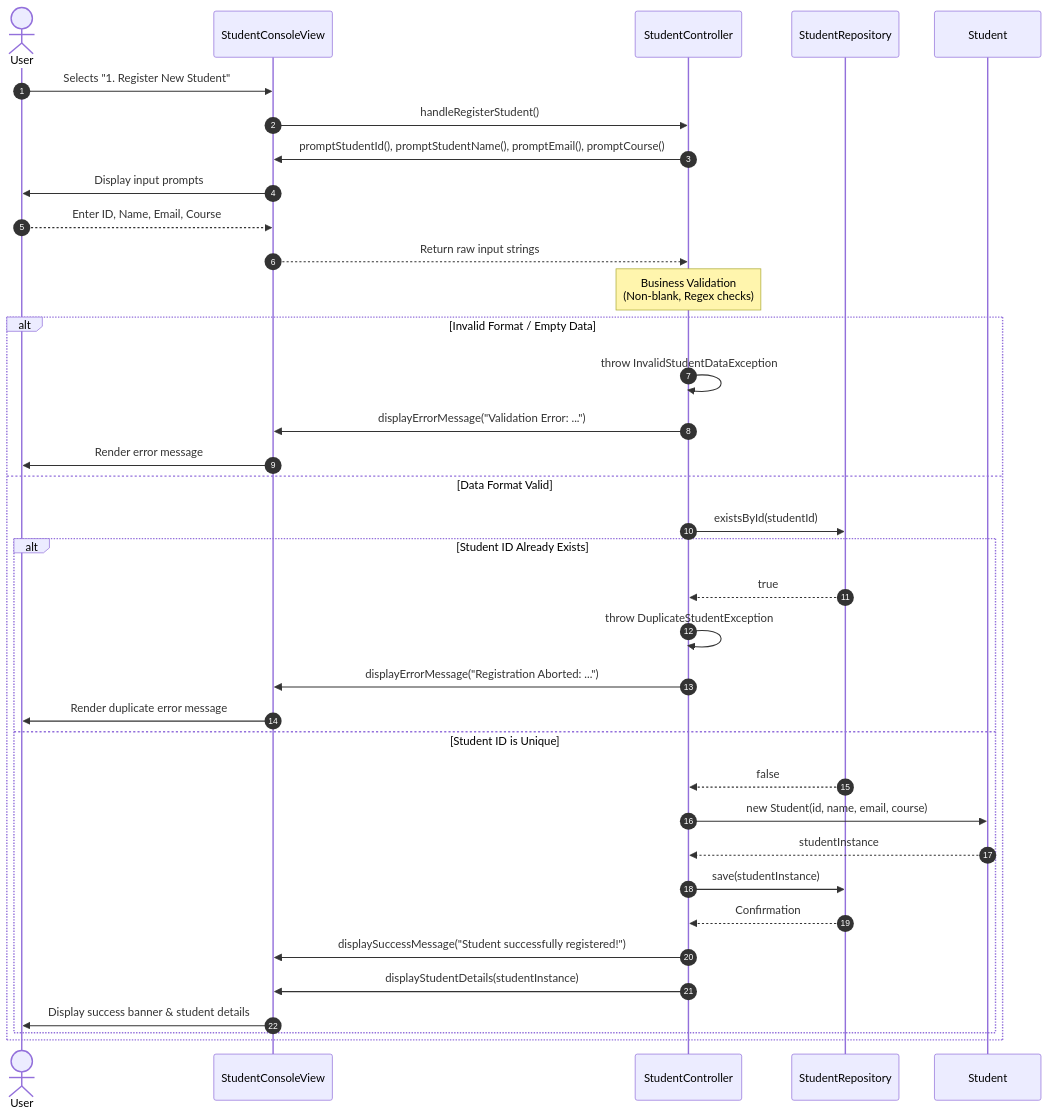
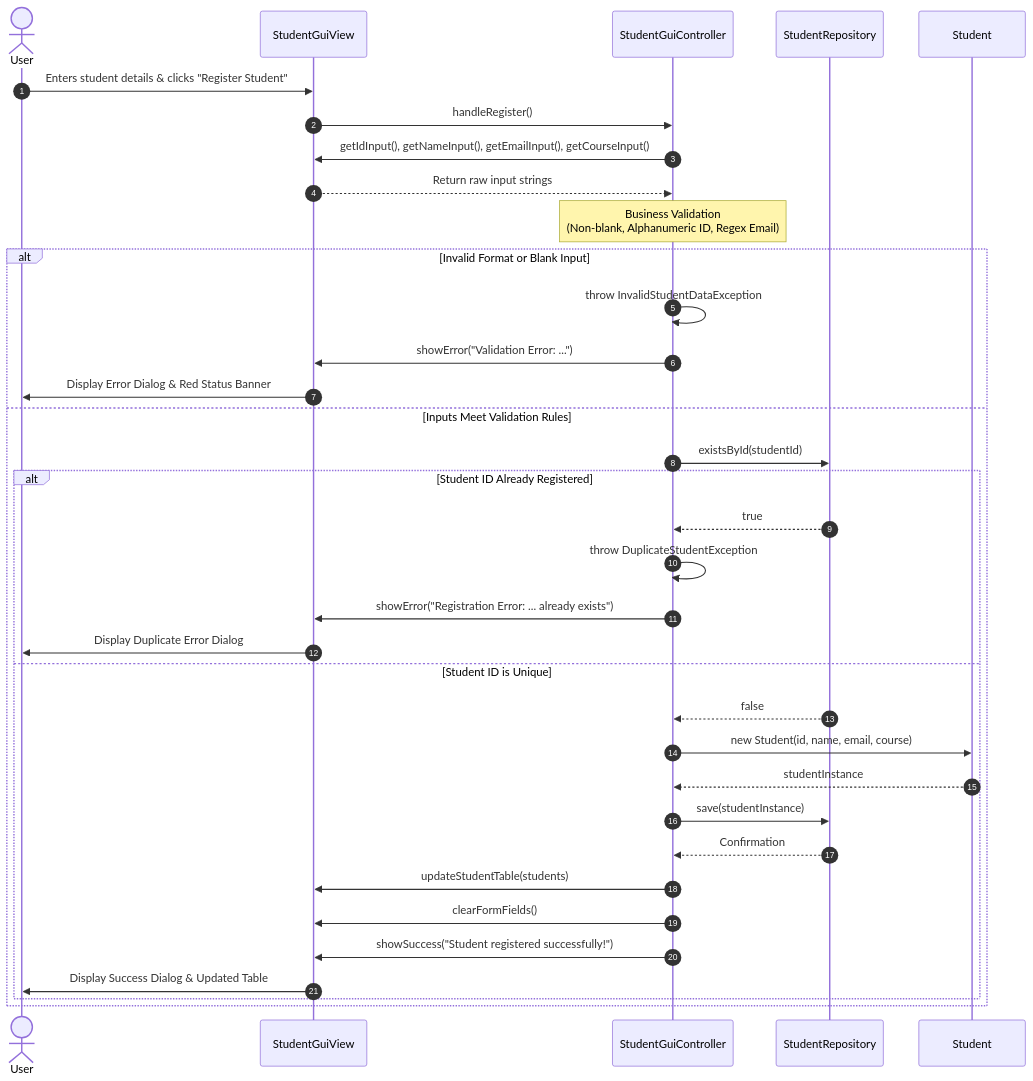
One commit to Archi-xima/SimpleJavaFXApp changed the second of 2 diagrams in README.md. Above: the diagram before and after it, drawn with Mermaid. The commit also changed other lines of this file and 3 other files, not shown here.

Commit message:
Add modern Swing Graphical User Interface (GUI) following MVC pattern

````diff
--- a/README.md
+++ b/README.md
@@ -72,43 +81,41 @@
 ```mermaid
 sequenceDiagram
     autonumber
     actor User
-    participant View as StudentConsoleView
-    participant Controller as StudentController
+    participant View as StudentGuiView
+    participant Controller as StudentGuiController
     participant Repository as StudentRepository
     participant Model as Student
 
-    User ->> View: Selects "1. Register New Student"
-    View ->> Controller: handleRegisterStudent()
-    
-    Controller ->> View: promptStudentId(), promptStudentName(), promptEmail(), promptCourse()
-    View ->> User: Display input prompts
-    User -->> View: Enter ID, Name, Email, Course
+    User ->> View: Enters student details & clicks "Register Student"
+    View ->> Controller: handleRegister()
+    Controller ->> View: getIdInput(), getNameInput(), getEmailInput(), getCourseInput()
     View -->> Controller: Return raw input strings
 
-    Note over Controller: Business Validation<br/>(Non-blank, Regex checks)
+    Note over Controller: Business Validation<br/>(Non-blank, Alphanumeric ID, Regex Email)
     
-    alt Invalid Format / Empty Data
+    alt Invalid Format or Blank Input
         Controller ->> Controller: throw InvalidStudentDataException
-        Controller ->> View: displayErrorMessage("Validation Error: ...")
-        View ->> User: Render error message
-    else Data Format Valid
+        Controller ->> View: showError("Validation Error: ...")
+        View ->> User: Display Error Dialog & Red Status Banner
+    else Inputs Meet Validation Rules
         Controller ->> Repository: existsById(studentId)
         
-        alt Student ID Already Exists
+        alt Student ID Already Registered
             Repository -->> Controller: true
             Controller ->> Controller: throw DuplicateStudentException
-            Controller ->> View: displayErrorMessage("Registration Aborted: ...")
-            View ->> User: Render duplicate error message
+            Controller ->> View: showError("Registration Error: ... already exists")
+            View ->> User: Display Duplicate Error Dialog
         else Student ID is Unique
             Repository -->> Controller: false
             Controller ->> Model: new Student(id, name, email, course)
             Model -->> Controller: studentInstance
             Controller ->> Repository: save(studentInstance)
             Repository -->> Controller: Confirmation
-            Controller ->> View: displaySuccessMessage("Student successfully registered!")
-            Controller ->> View: displayStudentDetails(studentInstance)
-            View ->> User: Display success banner & student details
+            Controller ->> View: updateStudentTable(students)
+            Controller ->> View: clearFormFields()
+            Controller ->> View: showSuccess("Student registered successfully!")
+            View ->> User: Display Success Dialog & Updated Table
         end
     end
 ```
````
